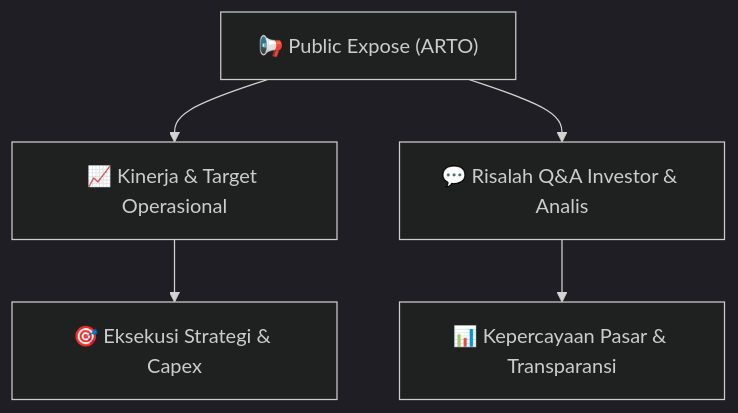
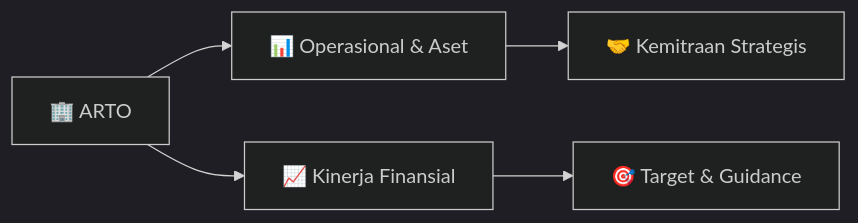
The diagram in reports/summaries/public-exposes/informasi-pubex/ARTO_Public_Expose_20260827.md (anYoneo/alphadigest-idx), drawn with Mermaid (dark theme) before and after one commit. The commit also changed other lines of this file and 526 other files, not shown here.

````diff
--- a/reports/summaries/public-exposes/informasi-pubex/ARTO_Public_Expose_20260827.md
+++ b/reports/summaries/public-exposes/informasi-pubex/ARTO_Public_Expose_20260827.md
@@ -34,7 +119,7 @@
 ```mermaid
-flowchart TD
-    A["📢 Public Expose (ARTO)"] --> B["📈 Kinerja & Target Operasional"]
-    A --> C["💬 Risalah Q&A Investor & Analis"]
-    B --> D["🎯 Eksekusi Strategi & Capex"]
-    C --> E["📊 Kepercayaan Pasar & Transparansi"]
+flowchart LR
+    A["🏢 ARTO"] --> B["📊 Operasional & Aset"]
+    A --> C["📈 Kinerja Finansial"]
+    B --> D["🤝 Kemitraan Strategis"]
+    C --> E["🎯 Target & Guidance"]
 ```
````
